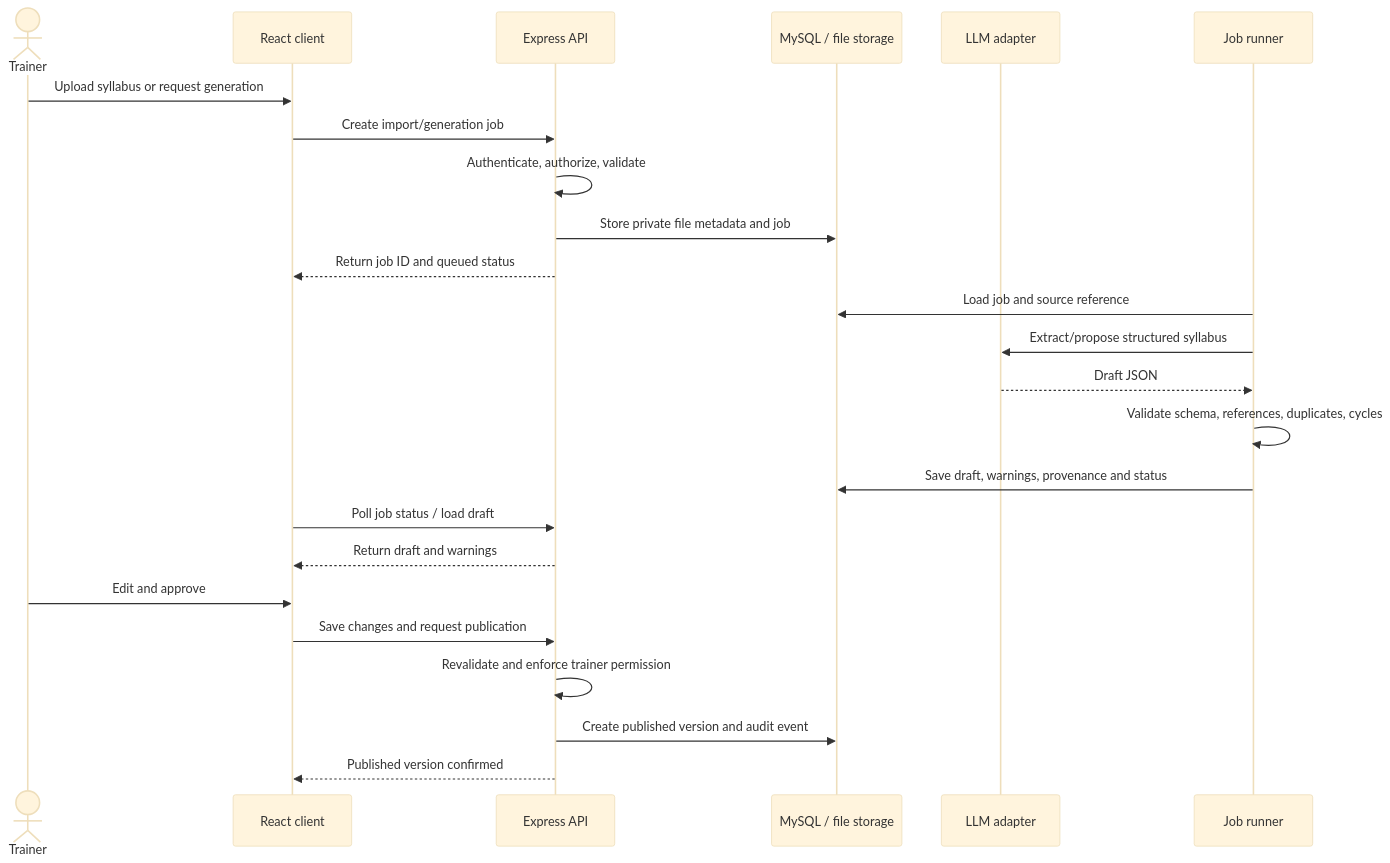
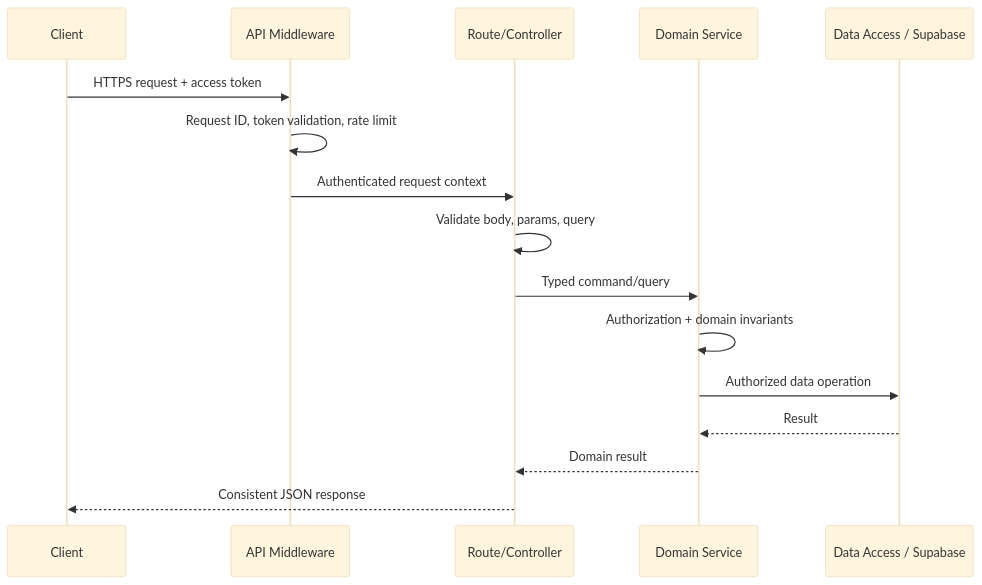
Before and after one commit to adi7406/kurukshetra: the second of 4 diagrams in docs/Architecture.md, drawn with Mermaid (base theme). The commit also changed other lines of this file and 5 other files, not shown here.

````diff
--- a/docs/Architecture.md
+++ b/docs/Architecture.md
@@ -179,27 +165,18 @@
 ```mermaid
 sequenceDiagram
-    actor Trainer
-    participant UI as React client
-    participant API as Express API
-    participant Store as MySQL / file storage
-    participant LLM as LLM adapter
-    participant Worker as Job runner
-
-    Trainer->>UI: Upload syllabus or request generation
-    UI->>API: Create import/generation job
-    API->>API: Authenticate, authorize, validate
-    API->>Store: Store private file metadata and job
-    API-->>UI: Return job ID and queued status
-    Worker->>Store: Load job and source reference
-    Worker->>LLM: Extract/propose structured syllabus
-    LLM-->>Worker: Draft JSON
-    Worker->>Worker: Validate schema, references, duplicates, cycles
-    Worker->>Store: Save draft, warnings, provenance and status
-    UI->>API: Poll job status / load draft
-    API-->>UI: Return draft and warnings
-    Trainer->>UI: Edit and approve
-    UI->>API: Save changes and request publication
-    API->>API: Revalidate and enforce trainer permission
-    API->>Store: Create published version and audit event
-    API-->>UI: Published version confirmed
+    participant C as Client
+    participant M as API Middleware
+    participant R as Route/Controller
+    participant S as Domain Service
+    participant D as Data Access / Supabase
+    C->>M: HTTPS request + access token
+    M->>M: Request ID, token validation, rate limit
+    M->>R: Authenticated request context
+    R->>R: Validate body, params, query
+    R->>S: Typed command/query
+    S->>S: Authorization + domain invariants
+    S->>D: Authorized data operation
+    D-->>S: Result
+    S-->>R: Domain result
+    R-->>C: Consistent JSON response
 ```
````
